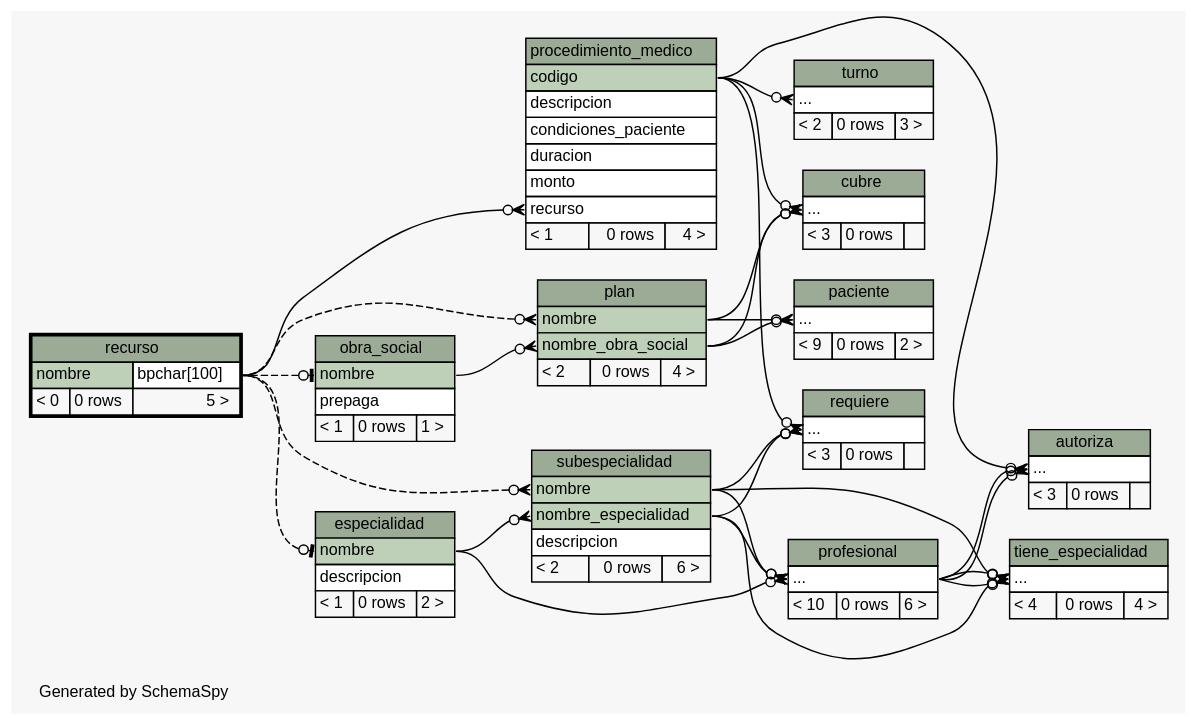
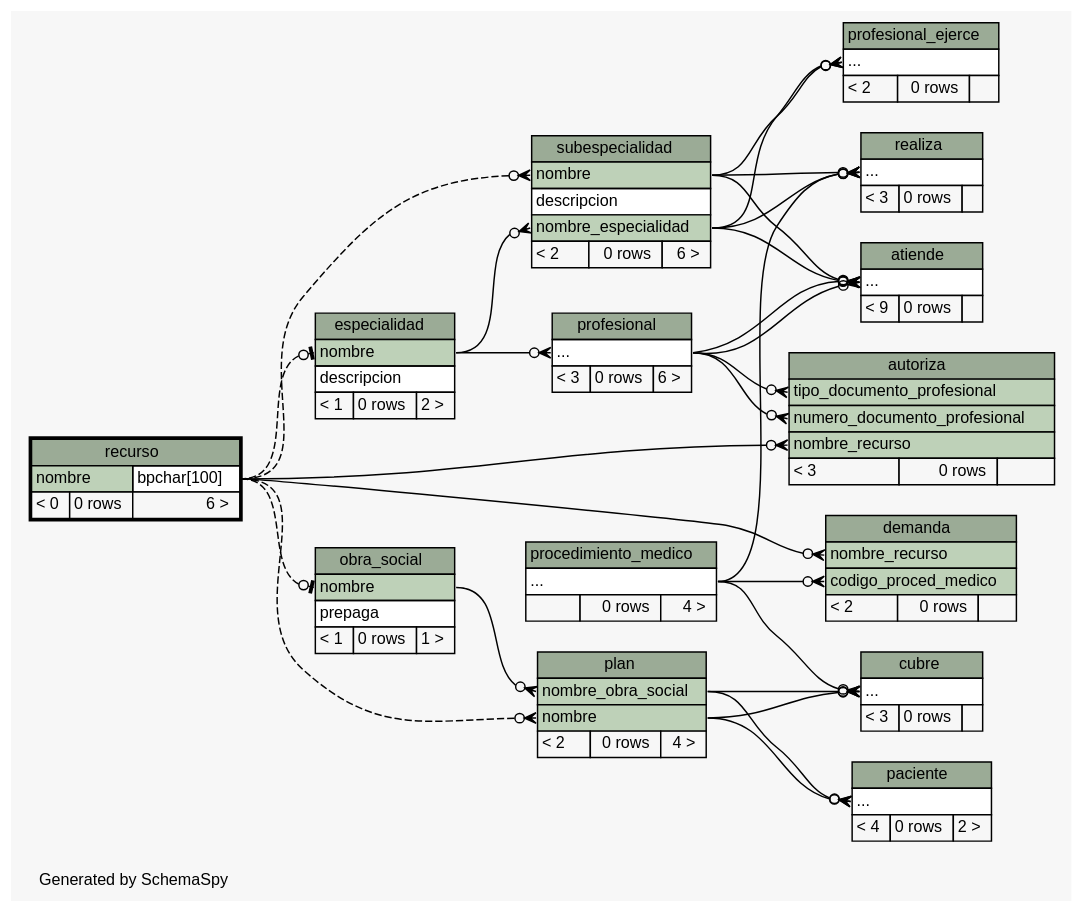
One commit to smpiano/bd-1cuat-2014-agenda-med changed the diagram in tp1/build/schema/diagrams/recurso.implied2degrees.dot. Above: the diagram before and after it, drawn with Graphviz. The commit also changed 165 other files, not shown here.

```diff
--- a/tp1/build/schema/diagrams/recurso.implied2degrees.dot
+++ b/tp1/build/schema/diagrams/recurso.implied2degrees.dot
@@ -19,37 +19,49 @@
   edge [
     arrowsize="0.8"
   ];
-  "autoriza":"elipses":w -> "procedimiento_medico":"codigo":e [arrowhead=none dir=back arrowtail=crowodot];
-  "autoriza":"elipses":w -> "profesional":"elipses":e [arrowhead=none dir=back arrowtail=crowodot];
-  "autoriza":"elipses":w -> "profesional":"elipses":e [arrowhead=none dir=back arrowtail=crowodot];
-  "cubre":"elipses":w -> "procedimiento_medico":"codigo":e [arrowhead=none dir=back arrowtail=crowodot];
+  "atiende":"elipses":w -> "subespecialidad":"nombre_especialidad":e [arrowhead=none dir=back arrowtail=crowodot];
+  "atiende":"elipses":w -> "subespecialidad":"nombre":e [arrowhead=none dir=back arrowtail=crowodot];
+  "atiende":"elipses":w -> "profesional":"elipses":e [arrowhead=none dir=back arrowtail=crowodot];
+  "atiende":"elipses":w -> "profesional":"elipses":e [arrowhead=none dir=back arrowtail=crowodot];
+  "autoriza":"nombre_recurso":w -> "recurso":"nombre.type":e [arrowhead=none dir=back arrowtail=crowodot];
+  "autoriza":"numero_documento_profesional":w -> "profesional":"elipses":e [arrowhead=none dir=back arrowtail=crowodot];
+  "autoriza":"tipo_documento_profesional":w -> "profesional":"elipses":e [arrowhead=none dir=back arrowtail=crowodot];
+  "cubre":"elipses":w -> "procedimiento_medico":"elipses":e [arrowhead=none dir=back arrowtail=crowodot];
+  "cubre":"elipses":w -> "plan":"nombre":e [arrowhead=none dir=back arrowtail=crowodot];
   "cubre":"elipses":w -> "plan":"nombre_obra_social":e [arrowhead=none dir=back arrowtail=crowodot];
-  "cubre":"elipses":w -> "plan":"nombre":e [arrowhead=none dir=back arrowtail=crowodot];
+  "demanda":"codigo_proced_medico":w -> "procedimiento_medico":"elipses":e [arrowhead=none dir=back arrowtail=crowodot];
+  "demanda":"nombre_recurso":w -> "recurso":"nombre.type":e [arrowhead=none dir=back arrowtail=crowodot];
   "especialidad":"nombre":w -> "recurso":"nombre.type":e [arrowhead=none dir=back arrowtail=teeodot style=dashed];
   "obra_social":"nombre":w -> "recurso":"nombre.type":e [arrowhead=none dir=back arrowtail=teeodot style=dashed];
+  "paciente":"elipses":w -> "plan":"nombre":e [arrowhead=none dir=back arrowtail=crowodot];
   "paciente":"elipses":w -> "plan":"nombre_obra_social":e [arrowhead=none dir=back arrowtail=crowodot];
-  "paciente":"elipses":w -> "plan":"nombre":e [arrowhead=none dir=back arrowtail=crowodot];
   "plan":"nombre":w -> "recurso":"nombre.type":e [arrowhead=none dir=back arrowtail=crowodot style=dashed];
   "plan":"nombre_obra_social":w -> "obra_social":"nombre":e [arrowhead=none dir=back arrowtail=crowodot];
-  "procedimiento_medico":"recurso":w -> "recurso":"nombre.type":e [arrowhead=none dir=back arrowtail=crowodot];
   "profesional":"elipses":w -> "especialidad":"nombre":e [arrowhead=none dir=back arrowtail=crowodot];
-  "profesional":"elipses":w -> "subespecialidad":"nombre":e [arrowhead=none dir=back arrowtail=crowodot];
-  "profesional":"elipses":w -> "subespecialidad":"nombre_especialidad":e [arrowhead=none dir=back arrowtail=crowodot];
-  "requiere":"elipses":w -> "procedimiento_medico":"codigo":e [arrowhead=none dir=back arrowtail=crowodot];
-  "requiere":"elipses":w -> "subespecialidad":"nombre":e [arrowhead=none dir=back arrowtail=crowodot];
-  "requiere":"elipses":w -> "subespecialidad":"nombre_especialidad":e [arrowhead=none dir=back arrowtail=crowodot];
+  "profesional_ejerce":"elipses":w -> "subespecialidad":"nombre_especialidad":e [arrowhead=none dir=back arrowtail=crowodot];
+  "profesional_ejerce":"elipses":w -> "subespecialidad":"nombre":e [arrowhead=none dir=back arrowtail=crowodot];
+  "realiza":"elipses":w -> "procedimiento_medico":"elipses":e [arrowhead=none dir=back arrowtail=crowodot];
+  "realiza":"elipses":w -> "subespecialidad":"nombre_especialidad":e [arrowhead=none dir=back arrowtail=crowodot];
+  "realiza":"elipses":w -> "subespecialidad":"nombre":e [arrowhead=none dir=back arrowtail=crowodot];
   "subespecialidad":"nombre":w -> "recurso":"nombre.type":e [arrowhead=none dir=back arrowtail=crowodot style=dashed];
   "subespecialidad":"nombre_especialidad":w -> "especialidad":"nombre":e [arrowhead=none dir=back arrowtail=crowodot];
-  "tiene_especialidad":"elipses":w -> "subespecialidad":"nombre":e [arrowhead=none dir=back arrowtail=crowodot];
-  "tiene_especialidad":"elipses":w -> "subespecialidad":"nombre_especialidad":e [arrowhead=none dir=back arrowtail=crowodot];
-  "tiene_especialidad":"elipses":w -> "profesional":"elipses":e [arrowhead=none dir=back arrowtail=crowodot];
-  "tiene_especialidad":"elipses":w -> "profesional":"elipses":e [arrowhead=none dir=back arrowtail=crowodot];
-  "turno":"elipses":w -> "procedimiento_medico":"codigo":e [arrowhead=none dir=back arrowtail=crowodot];
+  "atiende" [
+    label=<
+    <TABLE BORDER="0" CELLBORDER="1" CELLSPACING="0" BGCOLOR="#ffffff">
+      <TR><TD COLSPAN="3" BGCOLOR="#9bab96" ALIGN="CENTER">atiende</TD></TR>
+      <TR><TD PORT="elipses" COLSPAN="3" ALIGN="LEFT">...</TD></TR>
+      <TR><TD ALIGN="LEFT" BGCOLOR="#f7f7f7">&lt; 9</TD><TD ALIGN="RIGHT" BGCOLOR="#f7f7f7">0 rows</TD><TD ALIGN="RIGHT" BGCOLOR="#f7f7f7">  </TD></TR>
+    </TABLE>>
+    URL="atiende.html"
+    tooltip="atiende"
+  ];
   "autoriza" [
     label=<
     <TABLE BORDER="0" CELLBORDER="1" CELLSPACING="0" BGCOLOR="#ffffff">
       <TR><TD COLSPAN="3" BGCOLOR="#9bab96" ALIGN="CENTER">autoriza</TD></TR>
-      <TR><TD PORT="elipses" COLSPAN="3" ALIGN="LEFT">...</TD></TR>
+      <TR><TD PORT="tipo_documento_profesional" COLSPAN="3" BGCOLOR="#bed1b8" ALIGN="LEFT">tipo_documento_profesional</TD></TR>
+      <TR><TD PORT="numero_documento_profesional" COLSPAN="3" BGCOLOR="#bed1b8" ALIGN="LEFT">numero_documento_profesional</TD></TR>
+      <TR><TD PORT="nombre_recurso" COLSPAN="3" BGCOLOR="#bed1b8" ALIGN="LEFT">nombre_recurso</TD></TR>
       <TR><TD ALIGN="LEFT" BGCOLOR="#f7f7f7">&lt; 3</TD><TD ALIGN="RIGHT" BGCOLOR="#f7f7f7">0 rows</TD><TD ALIGN="RIGHT" BGCOLOR="#f7f7f7">  </TD></TR>
     </TABLE>>
     URL="autoriza.html"
@@ -64,6 +76,17 @@
     </TABLE>>
     URL="cubre.html"
     tooltip="cubre"
+  ];
+  "demanda" [
+    label=<
+    <TABLE BORDER="0" CELLBORDER="1" CELLSPACING="0" BGCOLOR="#ffffff">
+      <TR><TD COLSPAN="3" BGCOLOR="#9bab96" ALIGN="CENTER">demanda</TD></TR>
+      <TR><TD PORT="nombre_recurso" COLSPAN="3" BGCOLOR="#bed1b8" ALIGN="LEFT">nombre_recurso</TD></TR>
+      <TR><TD PORT="codigo_proced_medico" COLSPAN="3" BGCOLOR="#bed1b8" ALIGN="LEFT">codigo_proced_medico</TD></TR>
+      <TR><TD ALIGN="LEFT" BGCOLOR="#f7f7f7">&lt; 2</TD><TD ALIGN="RIGHT" BGCOLOR="#f7f7f7">0 rows</TD><TD ALIGN="RIGHT" BGCOLOR="#f7f7f7">  </TD></TR>
+    </TABLE>>
+    URL="demanda.html"
+    tooltip="demanda"
   ];
   "especialidad" [
     label=<
@@ -92,7 +115,7 @@
     <TABLE BORDER="0" CELLBORDER="1" CELLSPACING="0" BGCOLOR="#ffffff">
       <TR><TD COLSPAN="3" BGCOLOR="#9bab96" ALIGN="CENTER">paciente</TD></TR>
       <TR><TD PORT="elipses" COLSPAN="3" ALIGN="LEFT">...</TD></TR>
-      <TR><TD ALIGN="LEFT" BGCOLOR="#f7f7f7">&lt; 9</TD><TD ALIGN="RIGHT" BGCOLOR="#f7f7f7">0 rows</TD><TD ALIGN="RIGHT" BGCOLOR="#f7f7f7">2 &gt;</TD></TR>
+      <TR><TD ALIGN="LEFT" BGCOLOR="#f7f7f7">&lt; 4</TD><TD ALIGN="RIGHT" BGCOLOR="#f7f7f7">0 rows</TD><TD ALIGN="RIGHT" BGCOLOR="#f7f7f7">2 &gt;</TD></TR>
     </TABLE>>
     URL="paciente.html"
     tooltip="paciente"
@@ -101,8 +124,8 @@
     label=<
     <TABLE BORDER="0" CELLBORDER="1" CELLSPACING="0" BGCOLOR="#ffffff">
       <TR><TD COLSPAN="3" BGCOLOR="#9bab96" ALIGN="CENTER">plan</TD></TR>
+      <TR><TD PORT="nombre_obra_social" COLSPAN="3" BGCOLOR="#bed1b8" ALIGN="LEFT">nombre_obra_social</TD></TR>
       <TR><TD PORT="nombre" COLSPAN="3" BGCOLOR="#bed1b8" ALIGN="LEFT">nombre</TD></TR>
-      <TR><TD PORT="nombre_obra_social" COLSPAN="3" BGCOLOR="#bed1b8" ALIGN="LEFT">nombre_obra_social</TD></TR>
       <TR><TD ALIGN="LEFT" BGCOLOR="#f7f7f7">&lt; 2</TD><TD ALIGN="RIGHT" BGCOLOR="#f7f7f7">0 rows</TD><TD ALIGN="RIGHT" BGCOLOR="#f7f7f7">4 &gt;</TD></TR>
     </TABLE>>
     URL="plan.html"
@@ -112,13 +135,8 @@
     label=<
     <TABLE BORDER="0" CELLBORDER="1" CELLSPACING="0" BGCOLOR="#ffffff">
       <TR><TD COLSPAN="3" BGCOLOR="#9bab96" ALIGN="CENTER">procedimiento_medico</TD></TR>
-      <TR><TD PORT="codigo" COLSPAN="3" BGCOLOR="#bed1b8" ALIGN="LEFT">codigo</TD></TR>
-      <TR><TD PORT="descripcion" COLSPAN="3" ALIGN="LEFT">descripcion</TD></TR>
-      <TR><TD PORT="condiciones_paciente" COLSPAN="3" ALIGN="LEFT">condiciones_paciente</TD></TR>
-      <TR><TD PORT="duracion" COLSPAN="3" ALIGN="LEFT">duracion</TD></TR>
-      <TR><TD PORT="monto" COLSPAN="3" ALIGN="LEFT">monto</TD></TR>
-      <TR><TD PORT="recurso" COLSPAN="3" ALIGN="LEFT">recurso</TD></TR>
-      <TR><TD ALIGN="LEFT" BGCOLOR="#f7f7f7">&lt; 1</TD><TD ALIGN="RIGHT" BGCOLOR="#f7f7f7">0 rows</TD><TD ALIGN="RIGHT" BGCOLOR="#f7f7f7">4 &gt;</TD></TR>
+      <TR><TD PORT="elipses" COLSPAN="3" ALIGN="LEFT">...</TD></TR>
+      <TR><TD ALIGN="LEFT" BGCOLOR="#f7f7f7">  </TD><TD ALIGN="RIGHT" BGCOLOR="#f7f7f7">0 rows</TD><TD ALIGN="RIGHT" BGCOLOR="#f7f7f7">4 &gt;</TD></TR>
     </TABLE>>
     URL="procedimiento_medico.html"
     tooltip="procedimiento_medico"
@@ -128,61 +146,51 @@
     <TABLE BORDER="0" CELLBORDER="1" CELLSPACING="0" BGCOLOR="#ffffff">
       <TR><TD COLSPAN="3" BGCOLOR="#9bab96" ALIGN="CENTER">profesional</TD></TR>
       <TR><TD PORT="elipses" COLSPAN="3" ALIGN="LEFT">...</TD></TR>
-      <TR><TD ALIGN="LEFT" BGCOLOR="#f7f7f7">&lt; 10</TD><TD ALIGN="RIGHT" BGCOLOR="#f7f7f7">0 rows</TD><TD ALIGN="RIGHT" BGCOLOR="#f7f7f7">6 &gt;</TD></TR>
+      <TR><TD ALIGN="LEFT" BGCOLOR="#f7f7f7">&lt; 3</TD><TD ALIGN="RIGHT" BGCOLOR="#f7f7f7">0 rows</TD><TD ALIGN="RIGHT" BGCOLOR="#f7f7f7">6 &gt;</TD></TR>
     </TABLE>>
     URL="profesional.html"
     tooltip="profesional"
+  ];
+  "profesional_ejerce" [
+    label=<
+    <TABLE BORDER="0" CELLBORDER="1" CELLSPACING="0" BGCOLOR="#ffffff">
+      <TR><TD COLSPAN="3" BGCOLOR="#9bab96" ALIGN="CENTER">profesional_ejerce</TD></TR>
+      <TR><TD PORT="elipses" COLSPAN="3" ALIGN="LEFT">...</TD></TR>
+      <TR><TD ALIGN="LEFT" BGCOLOR="#f7f7f7">&lt; 2</TD><TD ALIGN="RIGHT" BGCOLOR="#f7f7f7">0 rows</TD><TD ALIGN="RIGHT" BGCOLOR="#f7f7f7">  </TD></TR>
+    </TABLE>>
+    URL="profesional_ejerce.html"
+    tooltip="profesional_ejerce"
+  ];
+  "realiza" [
+    label=<
+    <TABLE BORDER="0" CELLBORDER="1" CELLSPACING="0" BGCOLOR="#ffffff">
+      <TR><TD COLSPAN="3" BGCOLOR="#9bab96" ALIGN="CENTER">realiza</TD></TR>
+      <TR><TD PORT="elipses" COLSPAN="3" ALIGN="LEFT">...</TD></TR>
+      <TR><TD ALIGN="LEFT" BGCOLOR="#f7f7f7">&lt; 3</TD><TD ALIGN="RIGHT" BGCOLOR="#f7f7f7">0 rows</TD><TD ALIGN="RIGHT" BGCOLOR="#f7f7f7">  </TD></TR>
+    </TABLE>>
+    URL="realiza.html"
+    tooltip="realiza"
   ];
   "recurso" [
     label=<
     <TABLE BORDER="2" CELLBORDER="1" CELLSPACING="0" BGCOLOR="#ffffff">
       <TR><TD COLSPAN="3" BGCOLOR="#9bab96" ALIGN="CENTER">recurso</TD></TR>
       <TR><TD PORT="nombre" COLSPAN="2" BGCOLOR="#bed1b8" ALIGN="LEFT">nombre</TD><TD PORT="nombre.type" ALIGN="LEFT">bpchar[100]</TD></TR>
-      <TR><TD ALIGN="LEFT" BGCOLOR="#f7f7f7">&lt; 0</TD><TD ALIGN="RIGHT" BGCOLOR="#f7f7f7">0 rows</TD><TD ALIGN="RIGHT" BGCOLOR="#f7f7f7">5 &gt;</TD></TR>
+      <TR><TD ALIGN="LEFT" BGCOLOR="#f7f7f7">&lt; 0</TD><TD ALIGN="RIGHT" BGCOLOR="#f7f7f7">0 rows</TD><TD ALIGN="RIGHT" BGCOLOR="#f7f7f7">6 &gt;</TD></TR>
     </TABLE>>
     URL="recurso.html"
     tooltip="recurso"
-  ];
-  "requiere" [
-    label=<
-    <TABLE BORDER="0" CELLBORDER="1" CELLSPACING="0" BGCOLOR="#ffffff">
-      <TR><TD COLSPAN="3" BGCOLOR="#9bab96" ALIGN="CENTER">requiere</TD></TR>
-      <TR><TD PORT="elipses" COLSPAN="3" ALIGN="LEFT">...</TD></TR>
-      <TR><TD ALIGN="LEFT" BGCOLOR="#f7f7f7">&lt; 3</TD><TD ALIGN="RIGHT" BGCOLOR="#f7f7f7">0 rows</TD><TD ALIGN="RIGHT" BGCOLOR="#f7f7f7">  </TD></TR>
-    </TABLE>>
-    URL="requiere.html"
-    tooltip="requiere"
   ];
   "subespecialidad" [
     label=<
     <TABLE BORDER="0" CELLBORDER="1" CELLSPACING="0" BGCOLOR="#ffffff">
       <TR><TD COLSPAN="3" BGCOLOR="#9bab96" ALIGN="CENTER">subespecialidad</TD></TR>
       <TR><TD PORT="nombre" COLSPAN="3" BGCOLOR="#bed1b8" ALIGN="LEFT">nombre</TD></TR>
+      <TR><TD PORT="descripcion" COLSPAN="3" ALIGN="LEFT">descripcion</TD></TR>
       <TR><TD PORT="nombre_especialidad" COLSPAN="3" BGCOLOR="#bed1b8" ALIGN="LEFT">nombre_especialidad</TD></TR>
-      <TR><TD PORT="descripcion" COLSPAN="3" ALIGN="LEFT">descripcion</TD></TR>
       <TR><TD ALIGN="LEFT" BGCOLOR="#f7f7f7">&lt; 2</TD><TD ALIGN="RIGHT" BGCOLOR="#f7f7f7">0 rows</TD><TD ALIGN="RIGHT" BGCOLOR="#f7f7f7">6 &gt;</TD></TR>
     </TABLE>>
     URL="subespecialidad.html"
     tooltip="subespecialidad"
   ];
-  "tiene_especialidad" [
-    label=<
-    <TABLE BORDER="0" CELLBORDER="1" CELLSPACING="0" BGCOLOR="#ffffff">
-      <TR><TD COLSPAN="3" BGCOLOR="#9bab96" ALIGN="CENTER">tiene_especialidad</TD></TR>
-      <TR><TD PORT="elipses" COLSPAN="3" ALIGN="LEFT">...</TD></TR>
-      <TR><TD ALIGN="LEFT" BGCOLOR="#f7f7f7">&lt; 4</TD><TD ALIGN="RIGHT" BGCOLOR="#f7f7f7">0 rows</TD><TD ALIGN="RIGHT" BGCOLOR="#f7f7f7">4 &gt;</TD></TR>
-    </TABLE>>
-    URL="tiene_especialidad.html"
-    tooltip="tiene_especialidad"
-  ];
-  "turno" [
-    label=<
-    <TABLE BORDER="0" CELLBORDER="1" CELLSPACING="0" BGCOLOR="#ffffff">
-      <TR><TD COLSPAN="3" BGCOLOR="#9bab96" ALIGN="CENTER">turno</TD></TR>
-      <TR><TD PORT="elipses" COLSPAN="3" ALIGN="LEFT">...</TD></TR>
-      <TR><TD ALIGN="LEFT" BGCOLOR="#f7f7f7">&lt; 2</TD><TD ALIGN="RIGHT" BGCOLOR="#f7f7f7">0 rows</TD><TD ALIGN="RIGHT" BGCOLOR="#f7f7f7">3 &gt;</TD></TR>
-    </TABLE>>
-    URL="turno.html"
-    tooltip="turno"
-  ];
 }
```
